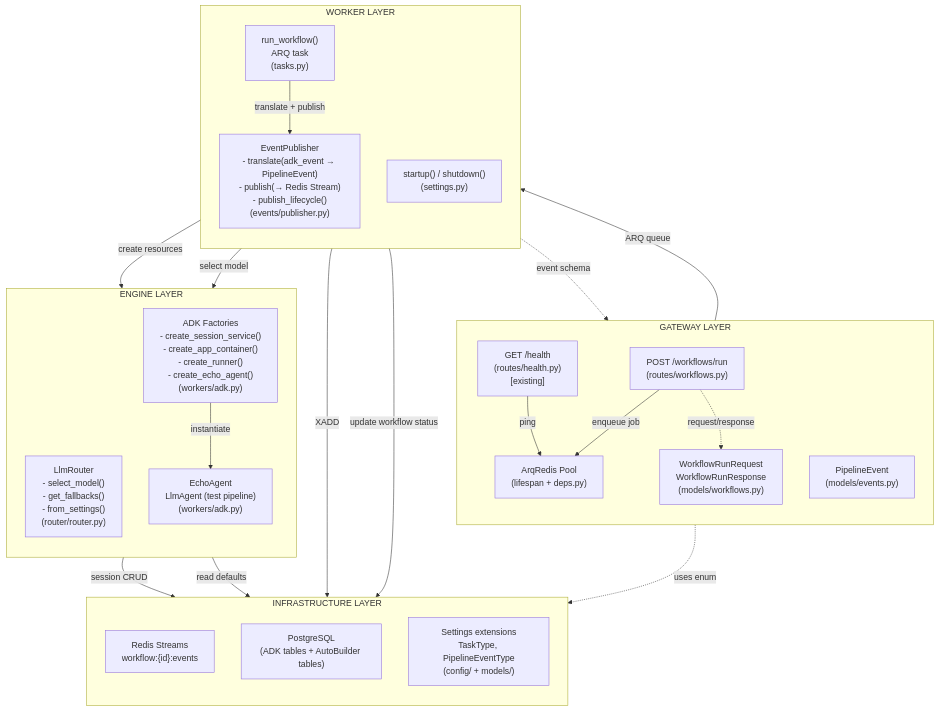
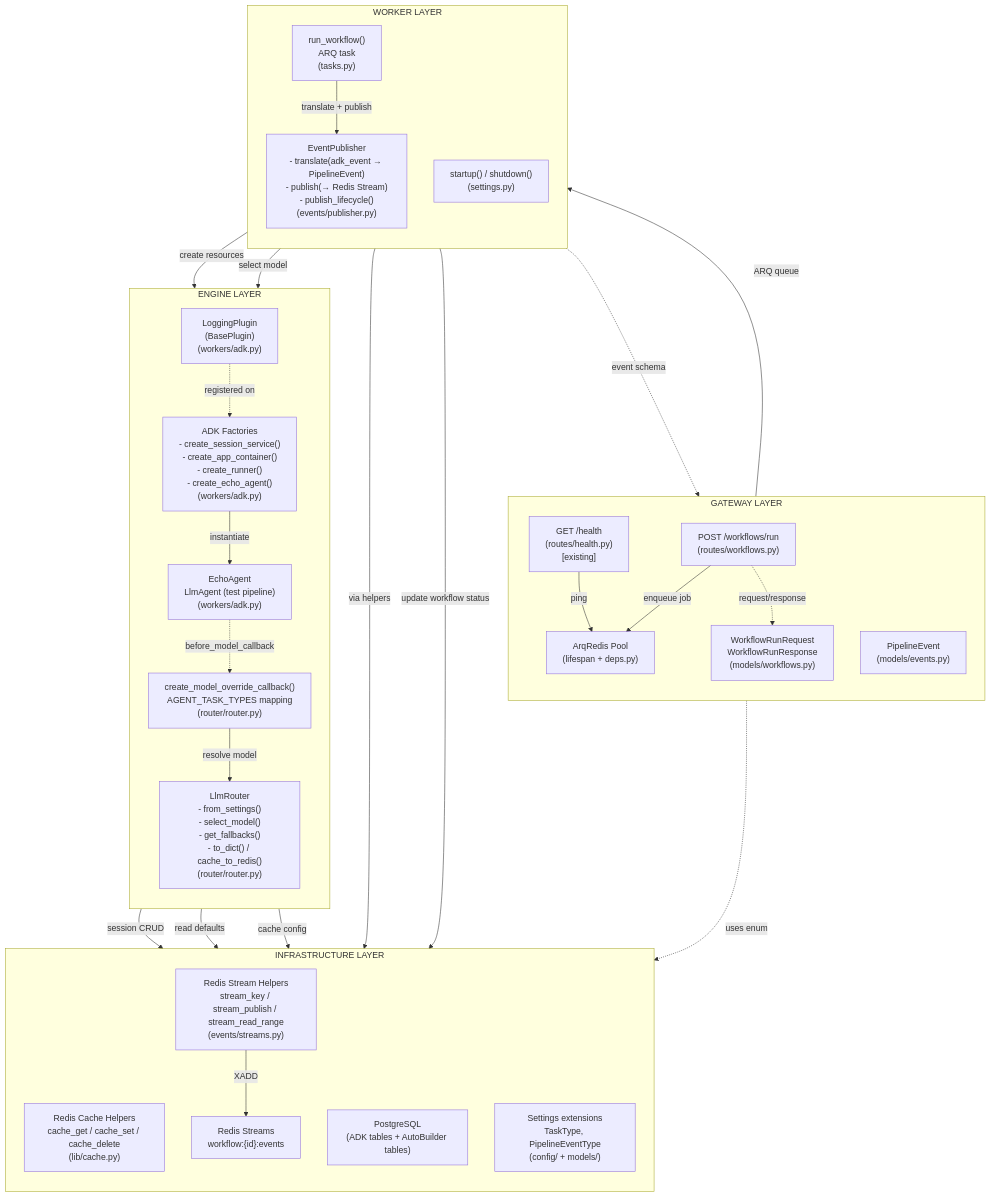
One commit to BechtelR/AutoBuilder changed the first of 6 diagrams in .dev/build-phase/phase-3/model.md. Above: the diagram before and after it, drawn with Mermaid. The commit also changed other lines of this file and 2 other files, not shown here.

Commit message:
docs: Phase-3; ADK Engine Integration

````diff
--- a/.dev/build-phase/phase-3/model.md
+++ b/.dev/build-phase/phase-3/model.md
@@ -6,50 +6,59 @@
 ```mermaid
 flowchart TB
     subgraph GATEWAY["GATEWAY LAYER"]
         direction TB
         WfRoute["POST /workflows/run\n(routes/workflows.py)"]
         WfModels["WorkflowRunRequest\nWorkflowRunResponse\n(models/workflows.py)"]
         PipelineEventModel["PipelineEvent\n(models/events.py)"]
         ArqPool["ArqRedis Pool\n(lifespan + deps.py)"]
         HealthRoute["GET /health\n(routes/health.py)\n[existing]"]
     end
 
     subgraph WORKER["WORKER LAYER"]
         direction TB
         RunWorkflow["run_workflow()\nARQ task\n(tasks.py)"]
         WorkerStartup["startup() / shutdown()\n(settings.py)"]
         Publisher["EventPublisher\n- translate(adk_event → PipelineEvent)\n- publish(→ Redis Stream)\n- publish_lifecycle()\n(events/publisher.py)"]
     end
 
     subgraph ENGINE["ENGINE LAYER"]
         direction TB
-        Router["LlmRouter\n- select_model()\n- get_fallbacks()\n- from_settings()\n(router/router.py)"]
+        Router["LlmRouter\n- from_settings()\n- select_model()\n- get_fallbacks()\n- to_dict() / cache_to_redis()\n(router/router.py)"]
+        ModelCallback["create_model_override_callback()\nAGENT_TASK_TYPES mapping\n(router/router.py)"]
         ADKFactories["ADK Factories\n- create_session_service()\n- create_app_container()\n- create_runner()\n- create_echo_agent()\n(workers/adk.py)"]
+        LogPlugin["LoggingPlugin\n(BasePlugin)\n(workers/adk.py)"]
         EchoAgent["EchoAgent\nLlmAgent (test pipeline)\n(workers/adk.py)"]
     end
 
     subgraph INFRA["INFRASTRUCTURE LAYER"]
         direction TB
+        CacheHelpers["Redis Cache Helpers\ncache_get / cache_set / cache_delete\n(lib/cache.py)"]
+        StreamHelpers["Redis Stream Helpers\nstream_key / stream_publish / stream_read_range\n(events/streams.py)"]
         Redis["Redis Streams\nworkflow:{id}:events"]
         PG["PostgreSQL\n(ADK tables + AutoBuilder tables)"]
         ConfigEnums["Settings extensions\nTaskType, PipelineEventType\n(config/ + models/)"]
     end
 
     %% Data flow
     WfRoute -->|"enqueue job"| ArqPool
     ArqPool -->|"ARQ queue"| RunWorkflow
     RunWorkflow -->|"create resources"| ADKFactories
     RunWorkflow -->|"select model"| Router
     ADKFactories -->|"instantiate"| EchoAgent
     ADKFactories -->|"session CRUD"| PG
     RunWorkflow -->|"translate + publish"| Publisher
-    Publisher -->|"XADD"| Redis
+    Publisher -->|"via helpers"| StreamHelpers
+    StreamHelpers -->|"XADD"| Redis
     RunWorkflow -->|"update workflow status"| PG
     HealthRoute -->|"ping"| ArqPool
     Router -->|"read defaults"| ConfigEnums
+    Router -->|"cache config"| CacheHelpers
+    ModelCallback -->|"resolve model"| Router
 
     %% Models used by
     WfRoute -.->|"request/response"| WfModels
     Publisher -.->|"event schema"| PipelineEventModel
     PipelineEventModel -.->|"uses enum"| ConfigEnums
+    LogPlugin -.->|"registered on"| ADKFactories
+    EchoAgent -.->|"before_model_callback"| ModelCallback
 ```
````
